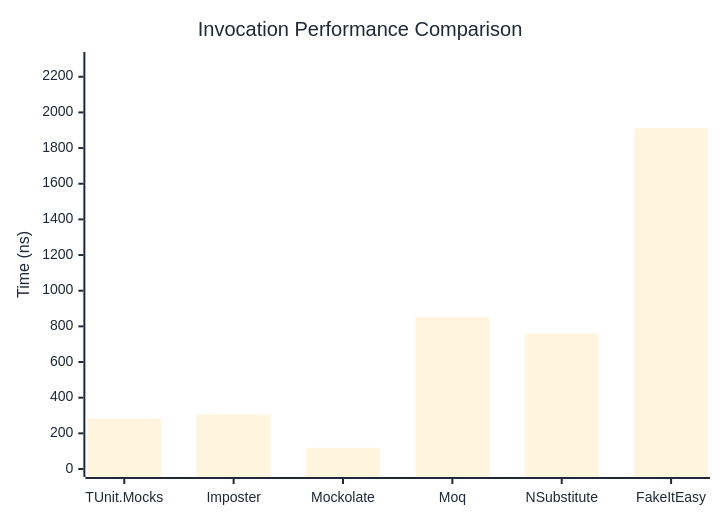
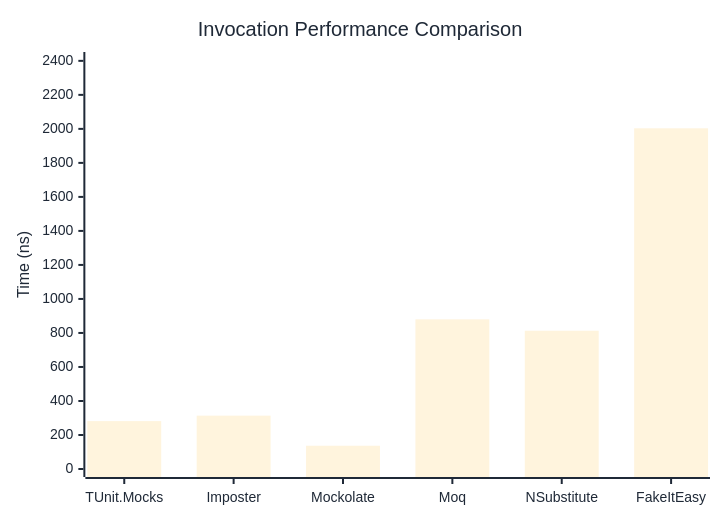
One commit to thomhurst/TUnit changed the first of 3 diagrams in docs/docs/benchmarks/mocks/Invocation.md. Above: the diagram before and after it, drawn with Mermaid. The commit also changed other lines of this file and 14 other files, not shown here.

````diff
--- a/docs/docs/benchmarks/mocks/Invocation.md
+++ b/docs/docs/benchmarks/mocks/Invocation.md
@@ -30,27 +30,27 @@
 ```mermaid
 %%{init: {
   'theme':'base',
   'themeVariables': {
     'primaryColor': '#2563eb',
     'primaryTextColor': '#1f2937',
     'primaryBorderColor': '#1e40af',
     'lineColor': '#6b7280',
     'secondaryColor': '#7c3aed',
     'tertiaryColor': '#dc2626',
     'background': '#ffffff',
     'pie1': '#2563eb',
     'pie2': '#7c3aed',
     'pie3': '#dc2626',
     'pie4': '#f59e0b',
     'pie5': '#10b981',
     'pie6': '#06b6d4',
     'pie7': '#ec4899',
     'pie8': '#6366f1'
   }
 }}%%
 xychart-beta
   title "Invocation Performance Comparison"
   x-axis ["TUnit.Mocks", "Imposter", "Mockolate", "Moq", "NSubstitute", "FakeItEasy"]
-  y-axis "Time (ns)" 0 --> 2294
-  bar [282.6, 305.2, 118.7, 852.5, 759.7, 1911.4]
+  y-axis "Time (ns)" 0 --> 2405
+  bar [281.7, 313.8, 136.8, 880.1, 813, 2003.4]
 ```
````
